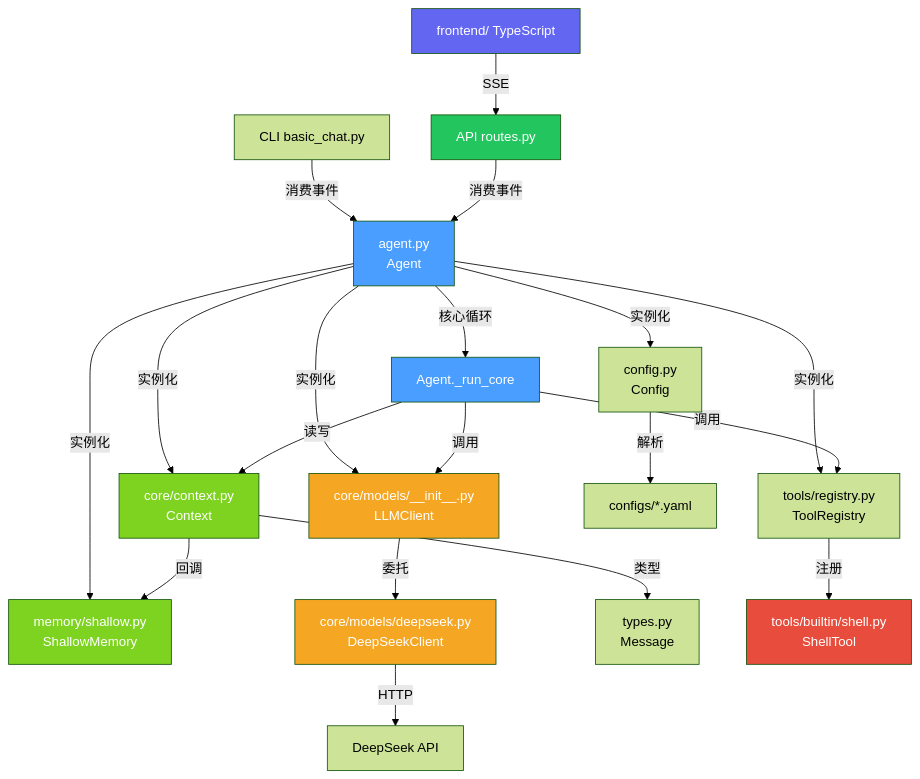
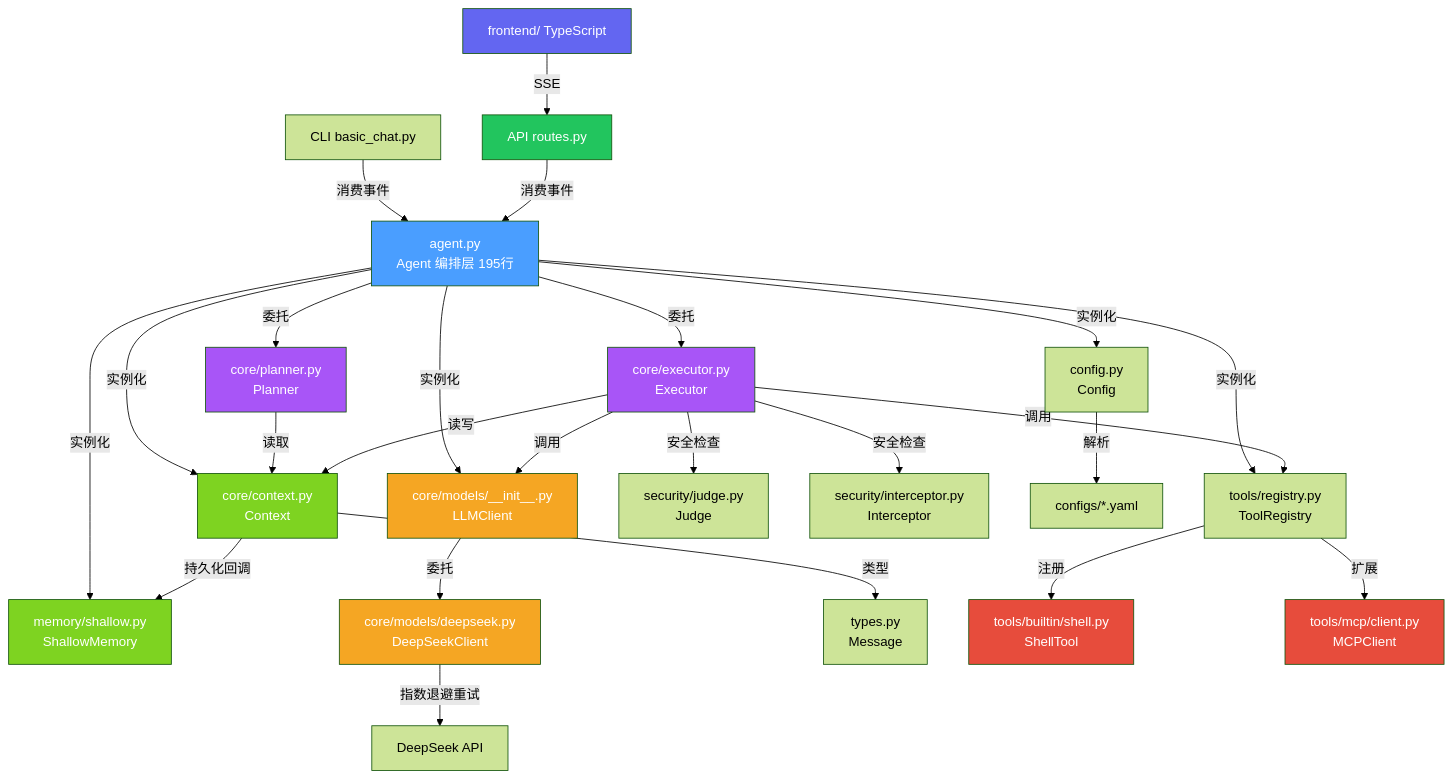
One commit to QAQ-awa-QAQ/sump changed the diagram in docs/architecture/call_graph.md. Above: the diagram before and after it, drawn with Mermaid (forest theme). The commit also changed other lines of this file and 44 other files, not shown here.

````diff
--- a/docs/architecture/call_graph.md
+++ b/docs/architecture/call_graph.md
@@ -43,35 +43,43 @@
 ```mermaid
 graph TD
-    A[agent.py<br/>Agent] -->|实例化| CFG[config.py<br/>Config]
+    A[agent.py<br/>Agent 编排层 195行] -->|实例化| CFG[config.py<br/>Config]
     A -->|实例化| CTX[core/context.py<br/>Context]
     A -->|实例化| LLM[core/models/__init__.py<br/>LLMClient]
     A -->|实例化| REG[tools/registry.py<br/>ToolRegistry]
     A -->|实例化| MEM[memory/shallow.py<br/>ShallowMemory]
+    A -->|委托| PL[core/planner.py<br/>Planner]
+    A -->|委托| EX[core/executor.py<br/>Executor]
+
+    PL -->|读取| CTX
+    EX -->|调用| LLM
+    EX -->|读写| CTX
+    EX -->|调用| REG
+    EX -->|安全检查| JDG[security/judge.py<br/>Judge]
+    EX -->|安全检查| ICP[security/interceptor.py<br/>Interceptor]
 
     LLM -->|委托| DS[core/models/deepseek.py<br/>DeepSeekClient]
-    DS -->|HTTP| API[DeepSeek API]
+    DS -->|指数退避重试| API[DeepSeek API]
 
     CTX -->|类型| T[types.py<br/>Message]
-    CTX -->|回调| MEM
+    CTX -->|持久化回调| MEM
     CFG -->|解析| YAML[configs/*.yaml]
 
-    A -->|核心循环| CORE[Agent._run_core]
-    CORE -->|调用| LLM
-    CORE -->|读写| CTX
-    CORE -->|调用| REG
     REG -->|注册| ST[tools/builtin/shell.py<br/>ShellTool]
+    REG -->|扩展| MCP[tools/mcp/client.py<br/>MCPClient]
 
     CLI[CLI basic_chat.py] -->|消费事件| A
     WEB[API routes.py] -->|消费事件| A
     FE[frontend/ TypeScript] -->|SSE| WEB
 
     style A fill:#4a9eff,color:#fff
-    style CORE fill:#4a9eff,color:#fff
+    style PL fill:#a855f7,color:#fff
+    style EX fill:#a855f7,color:#fff
     style LLM fill:#f5a623,color:#fff
     style DS fill:#f5a623,color:#fff
     style CTX fill:#7ed321,color:#fff
     style MEM fill:#7ed321,color:#fff
     style ST fill:#e74c3c,color:#fff
+    style MCP fill:#e74c3c,color:#fff
     style FE fill:#6366F1,color:#fff
     style WEB fill:#22C55E,color:#fff
 ```
````
